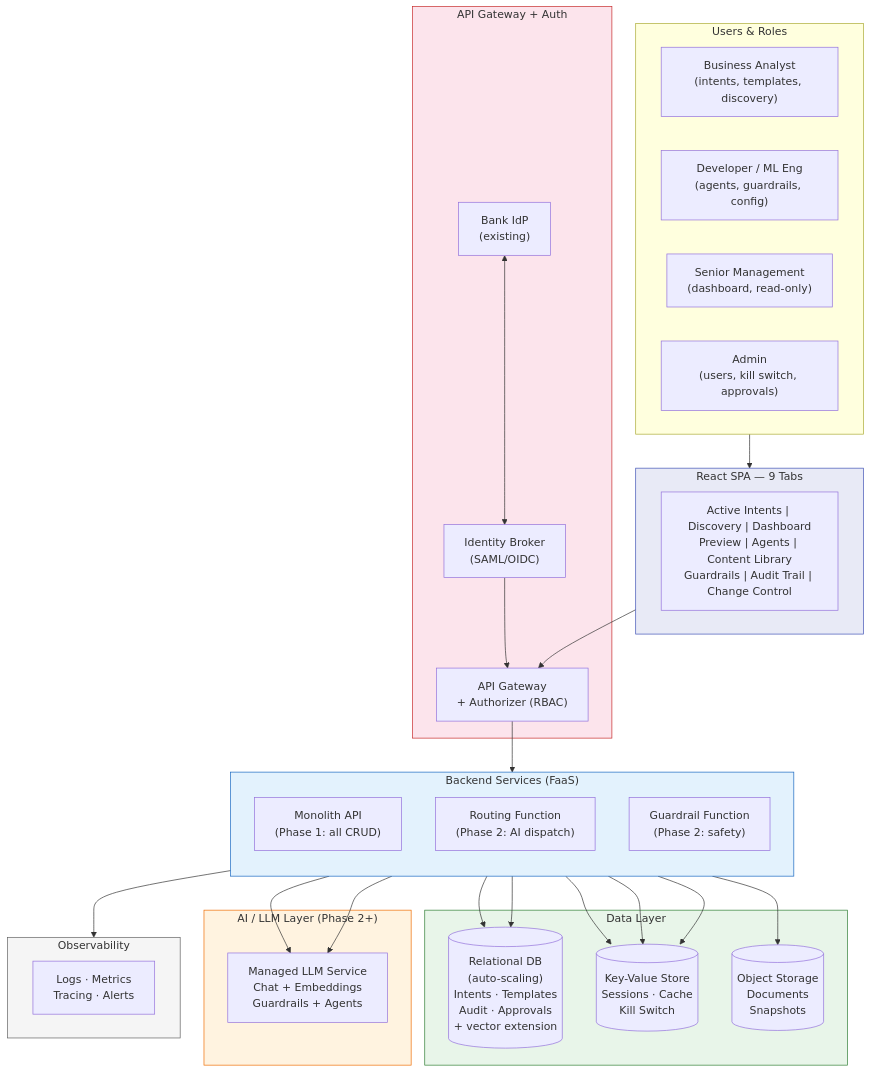
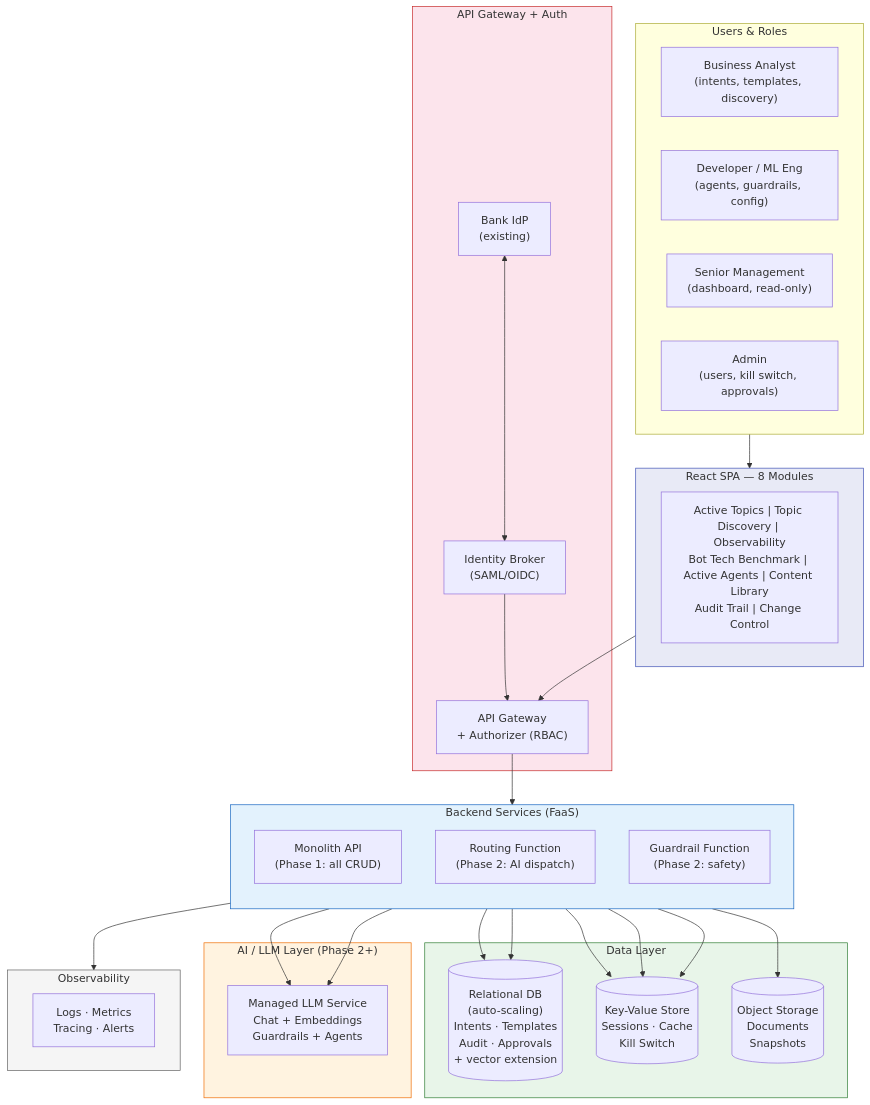
One commit to xiaodoushabing/chatbot-chat changed the first of 14 diagrams in docs/STRATEGY_VENDOR_AGNOSTIC.md. Above: the diagram before and after it, drawn with Mermaid. The commit also changed other lines of this file and 12 other files, not shown here.

````diff
--- a/docs/STRATEGY_VENDOR_AGNOSTIC.md
+++ b/docs/STRATEGY_VENDOR_AGNOSTIC.md
@@ -85,57 +85,57 @@
 ```mermaid
 graph TB
     subgraph Users["Users & Roles"]
         BA["Business Analyst\n(intents, templates, discovery)"]
         DEV["Developer / ML Eng\n(agents, guardrails, config)"]
         MGMT["Senior Management\n(dashboard, read-only)"]
         ADMIN_U["Admin\n(users, kill switch, approvals)"]
     end
 
-    subgraph Frontend["React SPA — 9 Tabs"]
-        UI["Active Intents | Discovery | Dashboard\nPreview | Agents | Content Library\nGuardrails | Audit Trail | Change Control"]
+    subgraph Frontend["React SPA — 8 Modules"]
+        UI["Active Topics | Topic Discovery | Observability\nBot Tech Benchmark | Active Agents | Content Library\nAudit Trail | Change Control"]
     end
 
     subgraph Gateway["API Gateway + Auth"]
         GW["API Gateway\n+ Authorizer (RBAC)"]
         IDB["Identity Broker\n(SAML/OIDC)"]
         IdP["Bank IdP\n(existing)"]
     end
 
     subgraph Backend["Backend Services (FaaS)"]
         direction TB
         Mono["Monolith API\n(Phase 1: all CRUD)"]
         Routing["Routing Function\n(Phase 2: AI dispatch)"]
         Guard["Guardrail Function\n(Phase 2: safety)"]
     end
 
     subgraph Data["Data Layer"]
         RDB[("Relational DB\n(auto-scaling)\nIntents · Templates\nAudit · Approvals\n+ vector extension")]
         KV[("Key-Value Store\nSessions · Cache\nKill Switch")]
         ObjStore[("Object Storage\nDocuments\nSnapshots")]
     end
 
     subgraph AI["AI / LLM Layer (Phase 2+)"]
         LLM["Managed LLM Service\nChat + Embeddings\nGuardrails + Agents"]
     end
 
     subgraph Monitoring["Observability"]
         Obs["Logs · Metrics\nTracing · Alerts"]
     end
 
     Users --> Frontend
     Frontend --> GW
     IdP <--> IDB
     IDB --> GW
     GW --> Backend
     Mono --> RDB & KV & ObjStore
     Routing --> KV & RDB & LLM
     Guard --> LLM & KV
     Backend --> Monitoring
 
     style Frontend fill:#e8eaf6,stroke:#3f51b5
     style Gateway fill:#fce4ec,stroke:#c62828
     style Backend fill:#e3f2fd,stroke:#1565c0
     style Data fill:#e8f5e9,stroke:#2e7d32
     style AI fill:#fff3e0,stroke:#ef6c00
     style Monitoring fill:#f5f5f5,stroke:#616161
 ```
````
